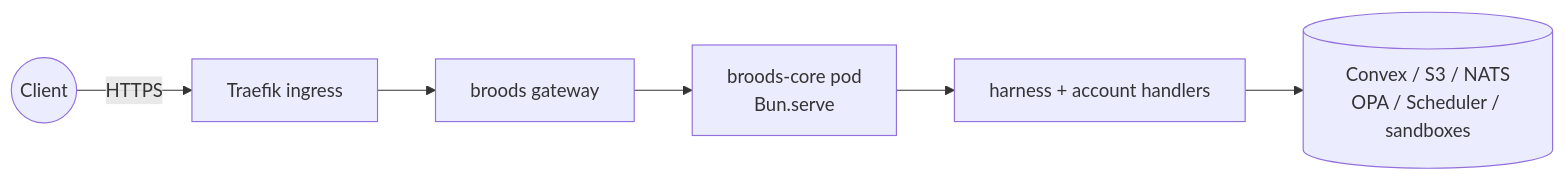
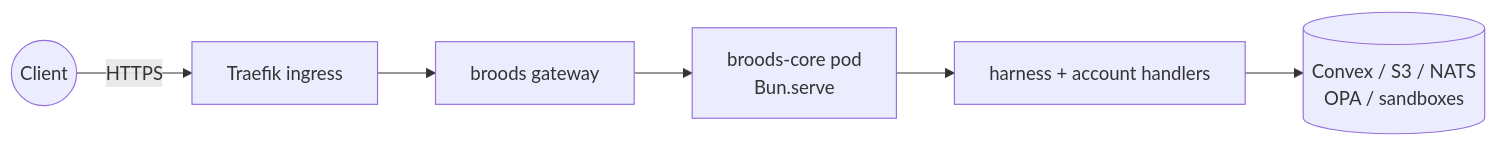
The first of 3 diagrams in apps/docs/docs/operations.md (beeblastco/broods), drawn with Mermaid before and after one commit. The commit also changed other lines of this file, not shown here.

Commit message:
docs(core): stop listing Scheduler as a core container dependency
Core no longer imports the EventBridge Scheduler SDK; the Convex config
plane owns every schedule, including the account-deletion sweep. Updates
the Container Runtime prose and its diagram to match.

````diff
--- a/apps/docs/docs/operations.md
+++ b/apps/docs/docs/operations.md
@@ -132,8 +132,8 @@
 ```mermaid
 flowchart LR
     Client((Client)) -->|HTTPS| Ingress[Traefik ingress]
     Ingress --> Gateway[broods gateway]
     Gateway --> Pod[broods-core pod\nBun.serve]
     Pod --> Handlers[harness + account handlers]
-    Handlers --> Data[(Convex / S3 / NATS\nOPA / Scheduler / sandboxes)]
+    Handlers --> Data[(Convex / S3 / NATS\nOPA / sandboxes)]
 ```
````
